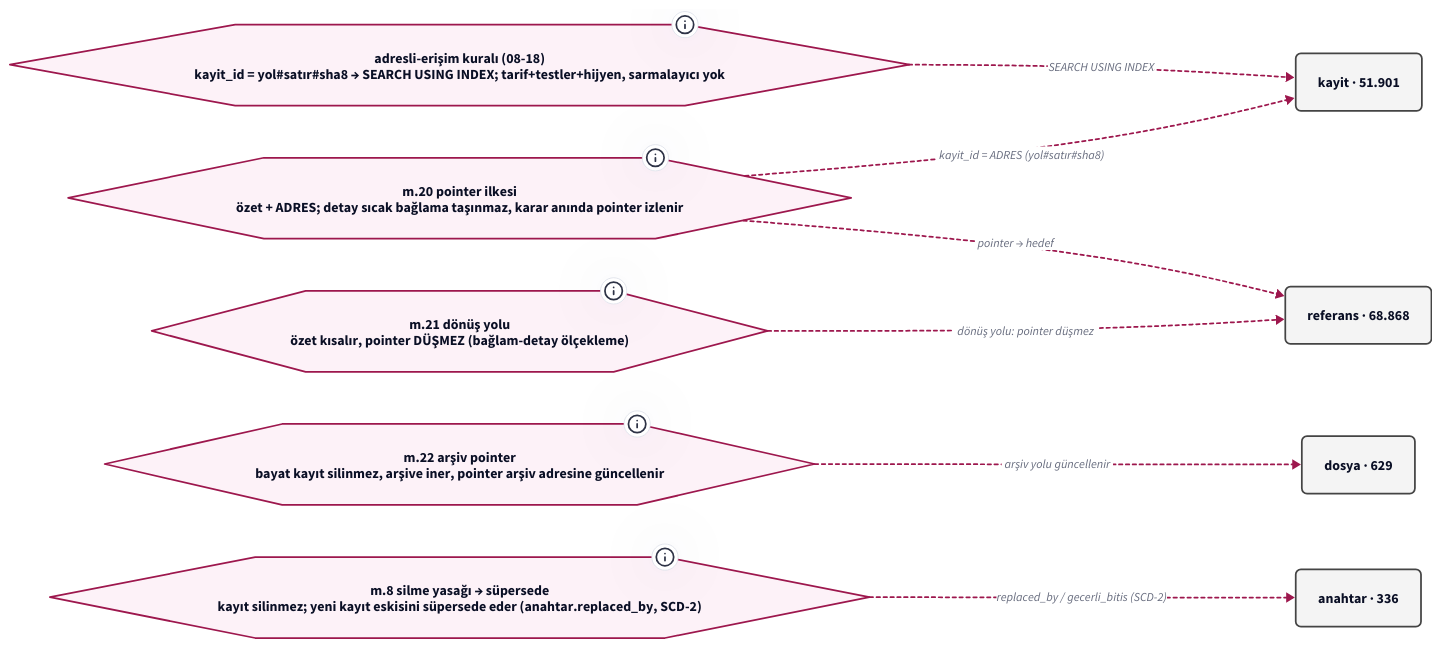
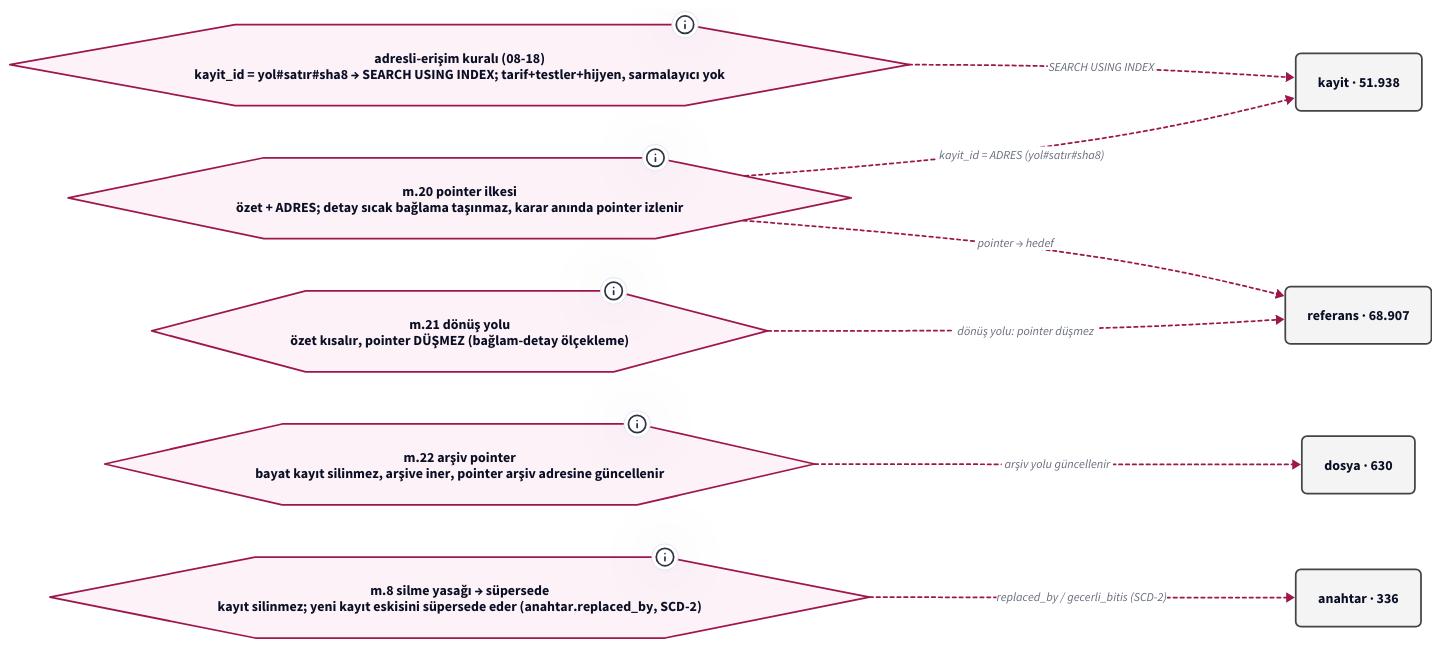
The diagram in graf/pointer-sistemi-v0-ilke.d2 (salihsahinin/sistem), drawn with D2 before and after one commit. The commit also changed 43 other files, not shown here.

Commit message:
[icra] Session-18 opening pipeline run: katman-hatti refreshed silver + gold derivatives to HEAD (they were left stale by the s17 distillation commit 39ebfd1 landing after the s17 pipeline commit), all steps green; __pycache__/ added to gitignore (derived bytecode)

```diff
--- a/graf/pointer-sistemi-v0-ilke.d2
+++ b/graf/pointer-sistemi-v0-ilke.d2
@@ -1,33 +1,33 @@
 # Jarvis POINTER SİSTEMİ — POINTER İLKESİ → MEKANİZMA (pano 3/4) (türetilmiş görünüm; ham kaynak silver/bronz)
-# üretici: tools/pointer-graf.py · silver 145f72d · HEAD 145f72d · d2 v0.8.1-HEAD · render: d2 --layout=elk (ELK bundled; TALA girmez; determinizm yerel sha256 ile ölçülür — Karar 65)
+# üretici: tools/pointer-graf.py · silver 39ebfd1 · HEAD 39ebfd1 · d2 v0.8.1-HEAD · render: d2 --layout=elk (ELK bundled; TALA girmez; determinizm yerel sha256 ile ölçülür — Karar 65)
 # içerik katmanı: düğüm/kenar = silver'dan script türetimi (LLM yazmaz); ilke/kronoloji = kanon SABİTİ (pointer'lı, script içinde); yorum katmanı = bu # satırları
 direction: right
 classes: {
   kutu: { style: { fill: "#F4F4F4"; stroke: "#444444"; font-size: 16; border-radius: 6 } }
   pointer: { style: { fill: "#E8F0FE"; stroke: "#1A56DB"; border-radius: 6 } }
   anahtar: { style: { fill: "#FFF4E5"; stroke: "#B45309"; border-radius: 6 } }
   hat: { style: { fill: "#ECFDF5"; stroke: "#047857"; bold: true; border-radius: 6 } }
   ilke: { shape: hexagon; style: { fill: "#FDF2F8"; stroke: "#9D174D" } }
   kron: { shape: page; style: { fill: "#FFFFFF"; stroke: "#6B7280" } }
   dis: { shape: cloud; style: { fill: "#FAFAFA"; stroke: "#9CA3AF" } }
   kirik: { style: { stroke: "#DC2626"; stroke-dash: 3; font-size: 14 } }
   supersede: { style: { stroke: "#B45309"; stroke-dash: 5 } }
   fk: { style: { stroke: "#444444"; font-size: 14 } }
   turetir: { style: { stroke: "#047857"; stroke-width: 3 } }
   uygular: { style: { stroke: "#9D174D"; stroke-dash: 2; font-size: 14 } }
 }
 adres: "adresli-erişim kuralı (08-18)\nkayit_id = yol#satır#sha8 → SEARCH USING INDEX; tarif+testler+hijyen, sarmalayıcı yok" { class: ilke; tooltip: "KILAVUZ.md tasarım-ilkeleri · kuyruk/senaryo-defteri.md Karar 62" }
 m20: "m.20 pointer ilkesi\nözet + ADRES; detay sıcak bağlama taşınmaz, karar anında pointer izlenir" { class: ilke; tooltip: "core/tuzuk-v0.md m.20 · wiki/pointer-sistemi.md" }
 m21: "m.21 dönüş yolu\nözet kısalır, pointer DÜŞMEZ (bağlam-detay ölçekleme)" { class: ilke; tooltip: "core/tuzuk-v0.md m.21" }
 m22: "m.22 arşiv pointer\nbayat kayıt silinmez, arşive iner, pointer arşiv adresine güncellenir" { class: ilke; tooltip: "core/tuzuk-v0.md m.22" }
 m8: "m.8 silme yasağı → süpersede\nkayıt silinmez; yeni kayıt eskisini süpersede eder (anahtar.replaced_by, SCD-2)" { class: ilke; tooltip: "core/tuzuk-v0.md m.8 · core/baglam-anahtar-kaydi.md §3" }
-kayit: "kayit · 51.901" { class: kutu }
-referans: "referans · 68.868" { class: kutu }
-dosya: "dosya · 629" { class: kutu }
+kayit: "kayit · 51.938" { class: kutu }
+referans: "referans · 68.907" { class: kutu }
+dosya: "dosya · 630" { class: kutu }
 anahtar: "anahtar · 336" { class: kutu }
 adres -> kayit: "SEARCH USING INDEX" { class: uygular }
 m20 -> kayit: "kayit_id = ADRES (yol#satır#sha8)" { class: uygular }
 m20 -> referans: "pointer → hedef" { class: uygular }
 m21 -> referans: "dönüş yolu: pointer düşmez" { class: uygular }
 m22 -> dosya: "arşiv yolu güncellenir" { class: uygular }
 m8 -> anahtar: "replaced_by / gecerli_bitis (SCD-2)" { class: uygular }
```
